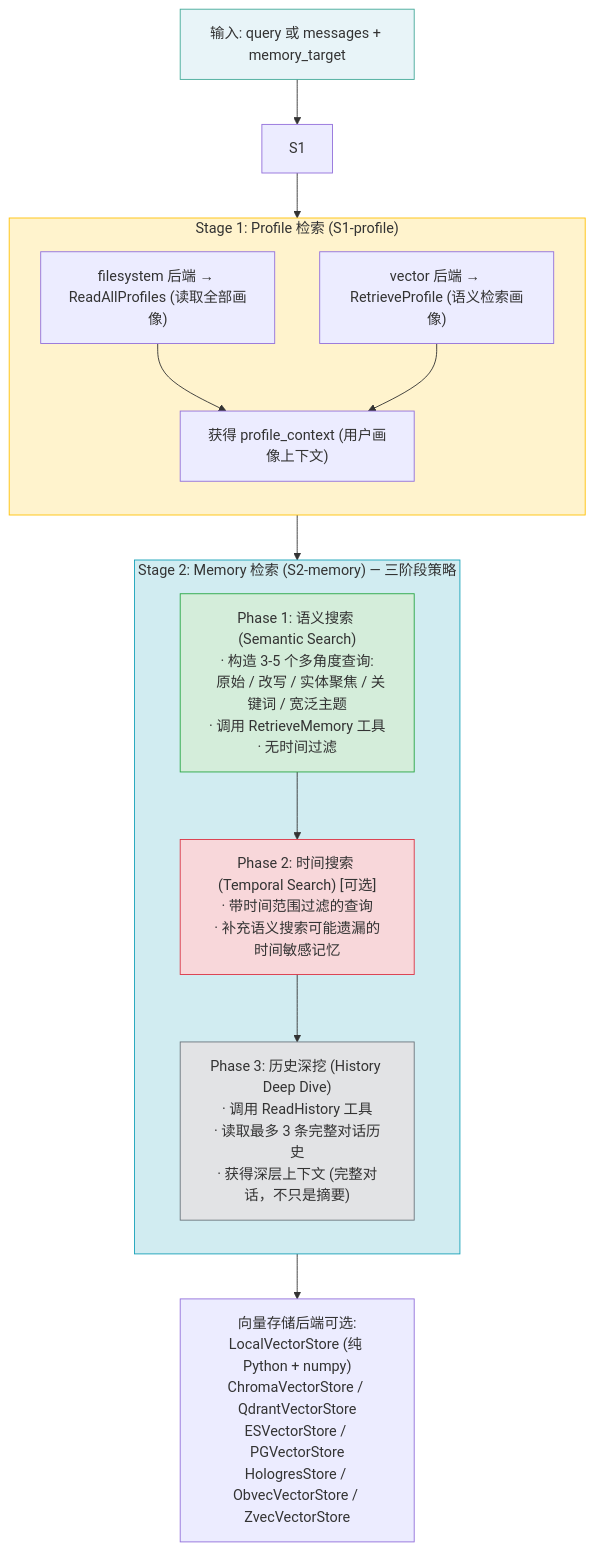
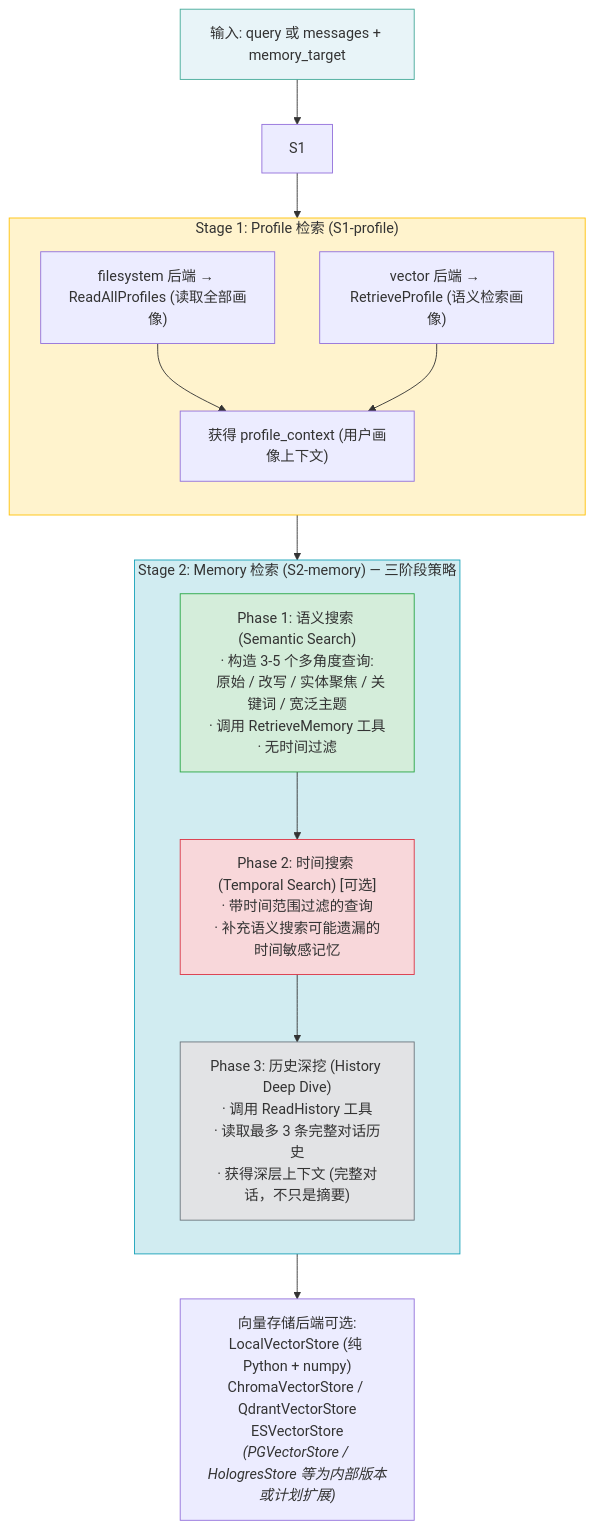
One commit to pofossette/guidebooks changed the eighth of 10 diagrams in docs/agent-dev/memory-system/reme-memory-architecture-analysis.md. Above: the diagram before and after it, drawn with Mermaid. The commit also changed other lines of this file and 13 other files, not shown here.

````diff
--- a/docs/agent-dev/memory-system/reme-memory-architecture-analysis.md
+++ b/docs/agent-dev/memory-system/reme-memory-architecture-analysis.md
@@ -333,34 +335,34 @@
 ```mermaid
 flowchart TD
     INPUT["输入: query 或 messages + memory_target"] --> S1
 
     subgraph stage1["Stage 1: Profile 检索 (S1-profile)"]
         direction TB
         S1A["filesystem 后端 → ReadAllProfiles (读取全部画像)"]
         S1B["vector 后端 → RetrieveProfile (语义检索画像)"]
         S1C["获得 profile_context (用户画像上下文)"]
         S1A --> S1C
         S1B --> S1C
     end
 
     S1 --> stage1
 
     subgraph stage2["Stage 2: Memory 检索 (S2-memory) — 三阶段策略"]
         direction TB
         PH1["Phase 1: 语义搜索 (Semantic Search)<br>· 构造 3-5 个多角度查询:<br>  原始 / 改写 / 实体聚焦 / 关键词 / 宽泛主题<br>· 调用 RetrieveMemory 工具<br>· 无时间过滤"]
         PH2["Phase 2: 时间搜索 (Temporal Search) [可选]<br>· 带时间范围过滤的查询<br>· 补充语义搜索可能遗漏的时间敏感记忆"]
         PH3["Phase 3: 历史深挖 (History Deep Dive)<br>· 调用 ReadHistory 工具<br>· 读取最多 3 条完整对话历史<br>· 获得深层上下文 (完整对话，不只是摘要)"]
         PH1 --> PH2 --> PH3
     end
 
     stage1 --> stage2
 
-    stage2 --> BACKENDS["向量存储后端可选:<br>LocalVectorStore (纯 Python + numpy)<br>ChromaVectorStore / QdrantVectorStore<br>ESVectorStore / PGVectorStore<br>HologresStore / ObvecVectorStore / ZvecVectorStore"]
+    stage2 --> BACKENDS["向量存储后端可选:<br>LocalVectorStore (纯 Python + numpy)<br>ChromaVectorStore / QdrantVectorStore<br>ESVectorStore<br><i>(PGVectorStore / HologresStore 等为内部版本或计划扩展)</i>"]
 
     style INPUT fill:#e8f4f8,stroke:#4a9
     style stage1 fill:#fff3cd,stroke:#ffc107
     style stage2 fill:#d1ecf1,stroke:#17a2b8
     style PH1 fill:#d4edda,stroke:#28a745
     style PH2 fill:#f8d7da,stroke:#dc3545
     style PH3 fill:#e2e3e5,stroke:#6c757d
 ```
````
